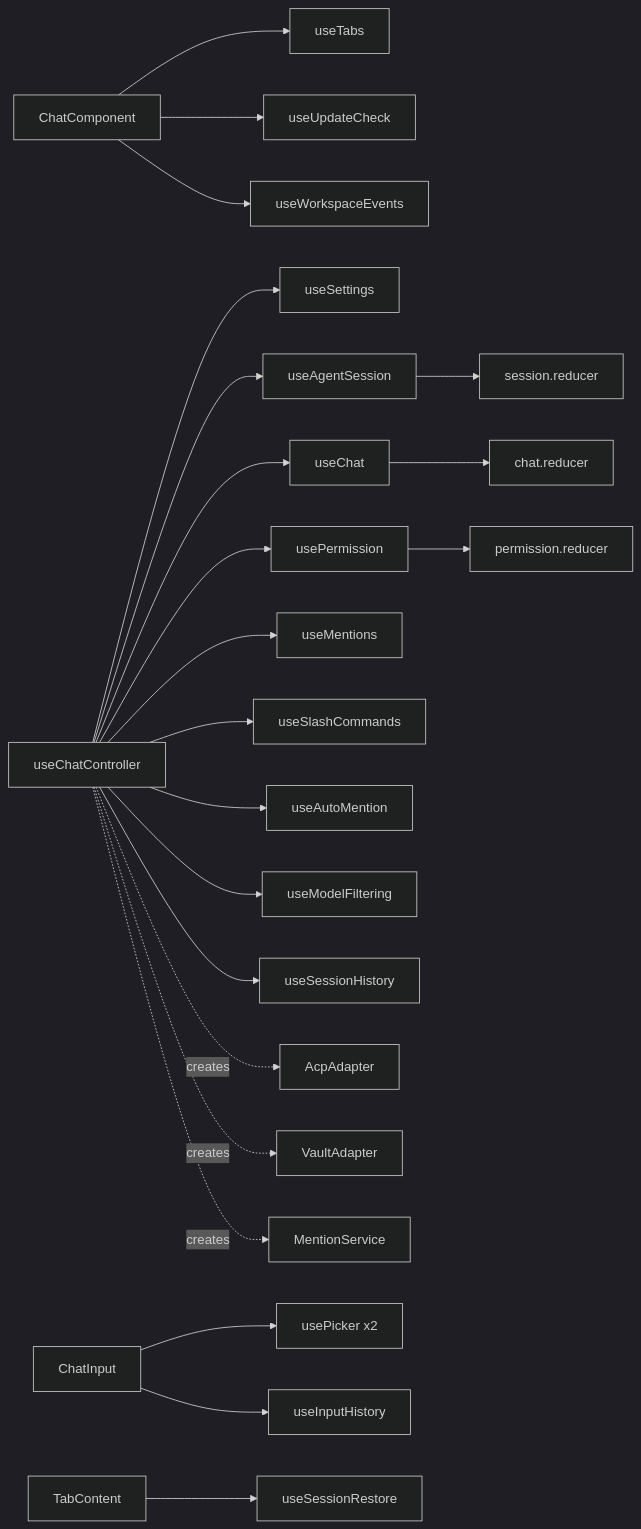
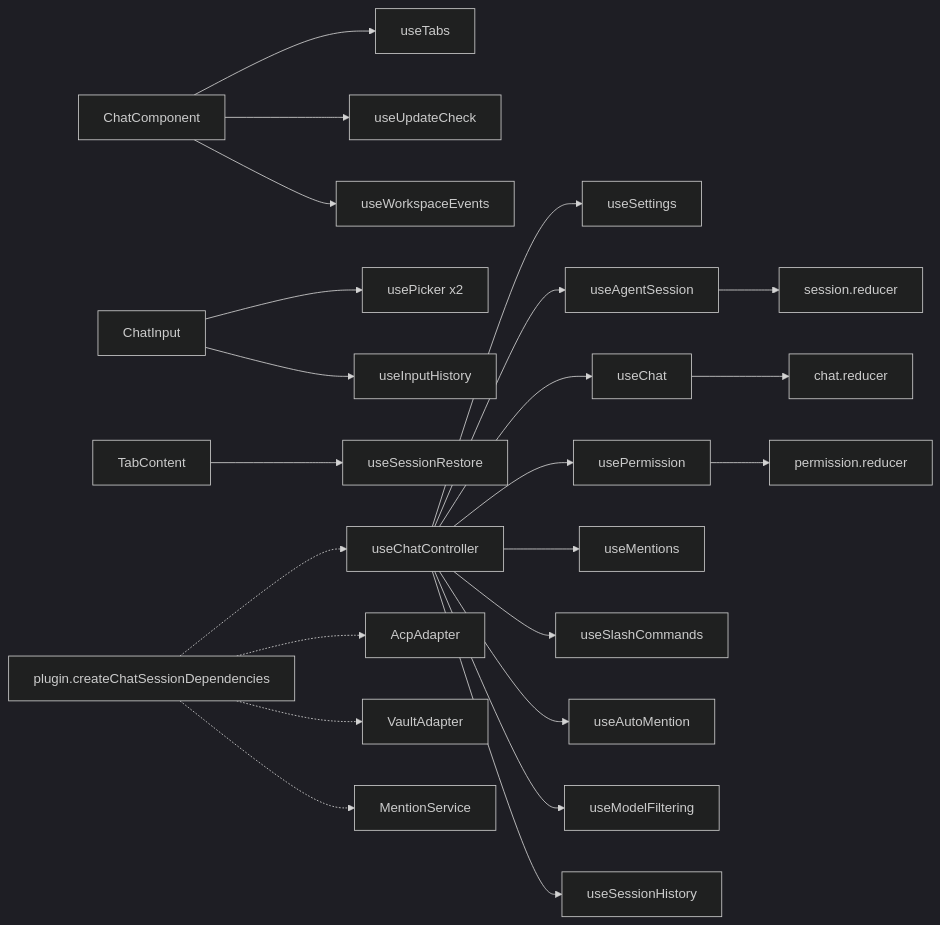
The fourth of 5 diagrams in CONTRIBUTING.md (RAIT-09/obsidian-agent-client), drawn with Mermaid (dark theme) before and after one commit. The commit also changed other lines of this file and 6 other files, not shown here.

Commit message:
docs: refresh AGENTS and contributing architecture guides

````diff
--- a/CONTRIBUTING.md
+++ b/CONTRIBUTING.md
@@ -123,29 +130,30 @@
 ```mermaid
 graph LR
     CV[ChatComponent] --> T[useTabs]
     CV --> UC[useUpdateCheck]
     CV --> WE[useWorkspaceEvents]
 
     CC[useChatController] --> S[useSettings]
     CC --> AS[useAgentSession]
     CC --> C[useChat]
     CC --> P[usePermission]
     CC --> M[useMentions]
     CC --> SC[useSlashCommands]
     CC --> AM[useAutoMention]
     CC --> MF[useModelFiltering]
     CC --> SH[useSessionHistory]
 
     CI[ChatInput] --> PK[usePicker x2]
     CI --> IH[useInputHistory]
 
     TC[TabContent] --> SR[useSessionRestore]
 
     AS --> SRd[session.reducer]
     C --> CR[chat.reducer]
     P --> PR[permission.reducer]
 
-    CC -.->|creates| ACP[AcpAdapter]
-    CC -.->|creates| VA[VaultAdapter]
-    CC -.->|creates| MS[MentionService]
+    PluginFactory[plugin.createChatSessionDependencies] -.-> CC
+    PluginFactory -.-> ACP[AcpAdapter]
+    PluginFactory -.-> VA[VaultAdapter]
+    PluginFactory -.-> MS[MentionService]
 ```
````
